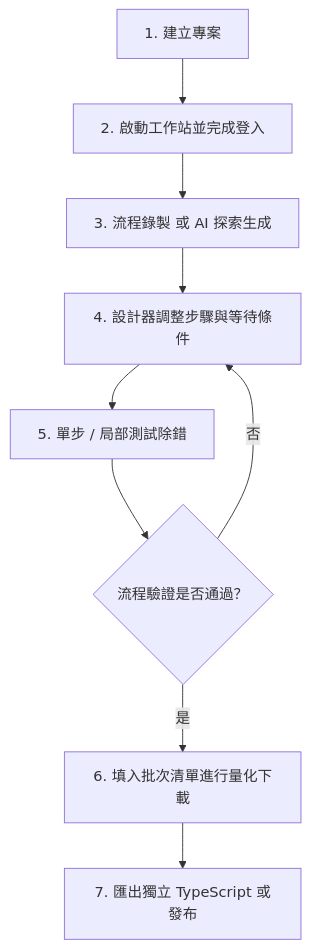
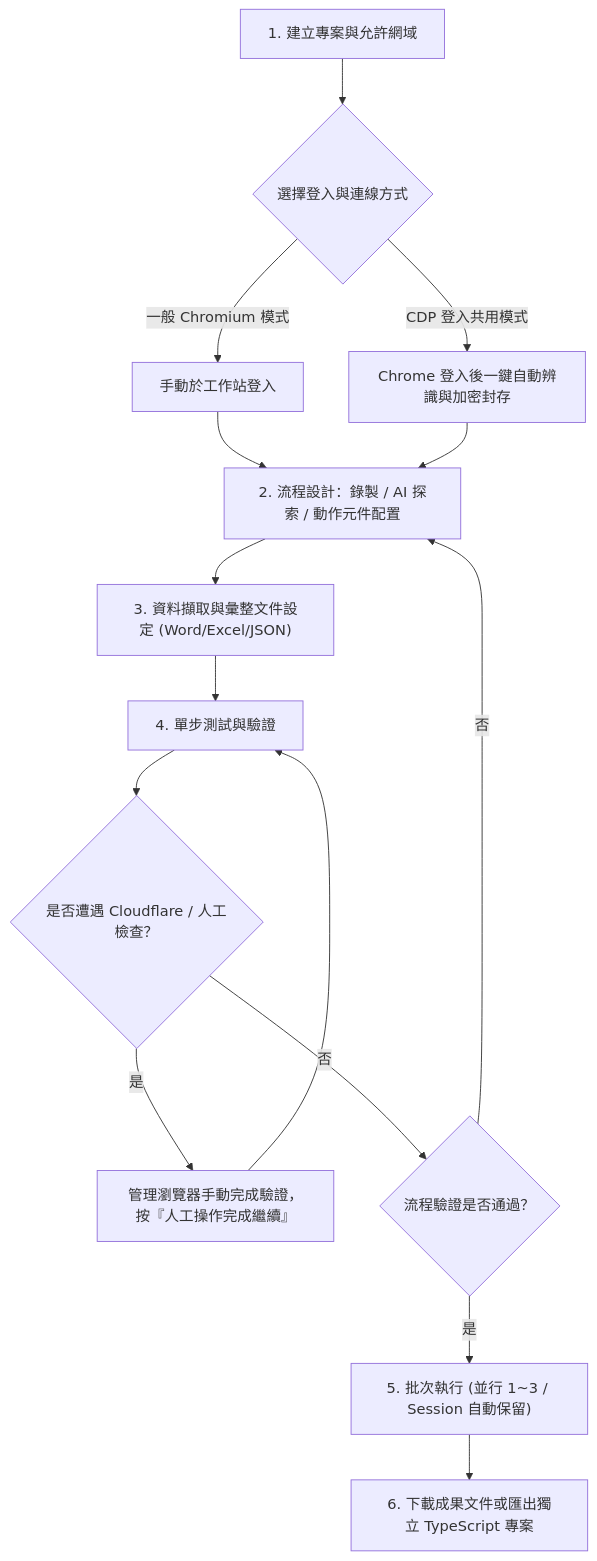
The diagram in README.md (chiang-hz/automation-studio-generic-portable), drawn with Mermaid before and after one commit. The commit also changed other lines of this file and 39 other files, not shown here.

````diff
--- a/README.md
+++ b/README.md
@@ -153,11 +210,17 @@
 ```mermaid
 graph TD
-    A["1. 建立專案"] --> B["2. 啟動工作站並完成登入"]
-    B --> C["3. 流程錄製 或 AI 探索生成"]
-    C --> D["4. 設計器調整步驟與等待條件"]
-    D --> E["5. 單步 / 局部測試除錯"]
-    E --> F{"流程驗證是否通過？"}
-    F -- 否 --> D
-    F -- 是 --> G["6. 填入批次清單進行量化下載"]
-    G --> H["7. 匯出獨立 TypeScript 或發布"]
+    A["1. 建立專案與允許網域"] --> B{"選擇登入與連線方式"}
+    B -- "一般 Chromium 模式" --> C["手動於工作站登入"]
+    B -- "CDP 登入共用模式" --> D["Chrome 登入後一鍵自動辨識與加密封存"]
+    C --> E["2. 流程設計：錄製 / AI 探索 / 動作元件配置"]
+    D --> E
+    E --> F["3. 資料擷取與彙整文件設定 (Word/Excel/JSON)"]
+    F --> G["4. 單步測試與驗證"]
+    G --> H{"是否遭遇 Cloudflare / 人工檢查？"}
+    H -- 是 --> I["管理瀏覽器手動完成驗證，按『人工操作完成繼續』"]
+    I --> G
+    H -- 否 --> J{"流程驗證是否通過？"}
+    J -- 否 --> E
+    J -- 是 --> K["5. 批次執行 (並行 1~3 / Session 自動保留)"]
+    K --> L["6. 下載成果文件或匯出獨立 TypeScript 專案"]
 ```
````
